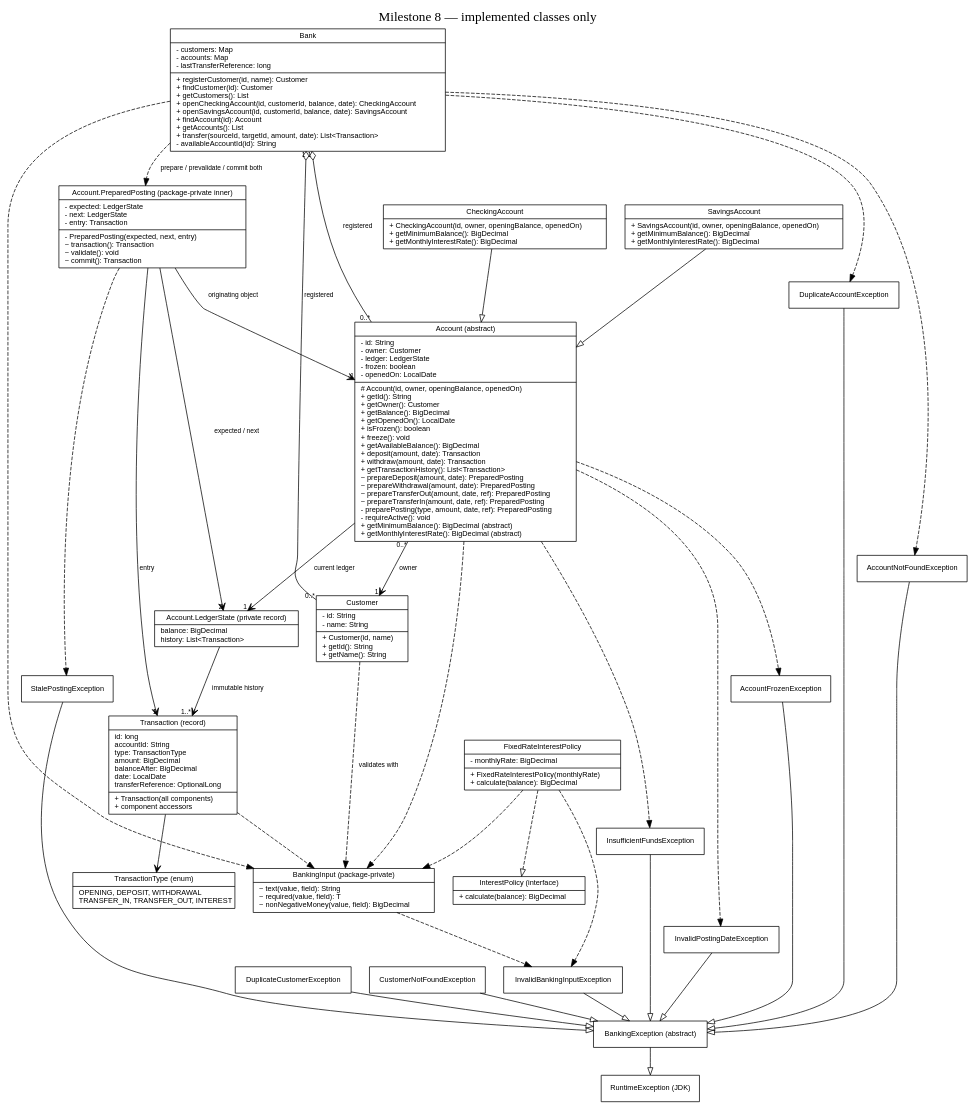
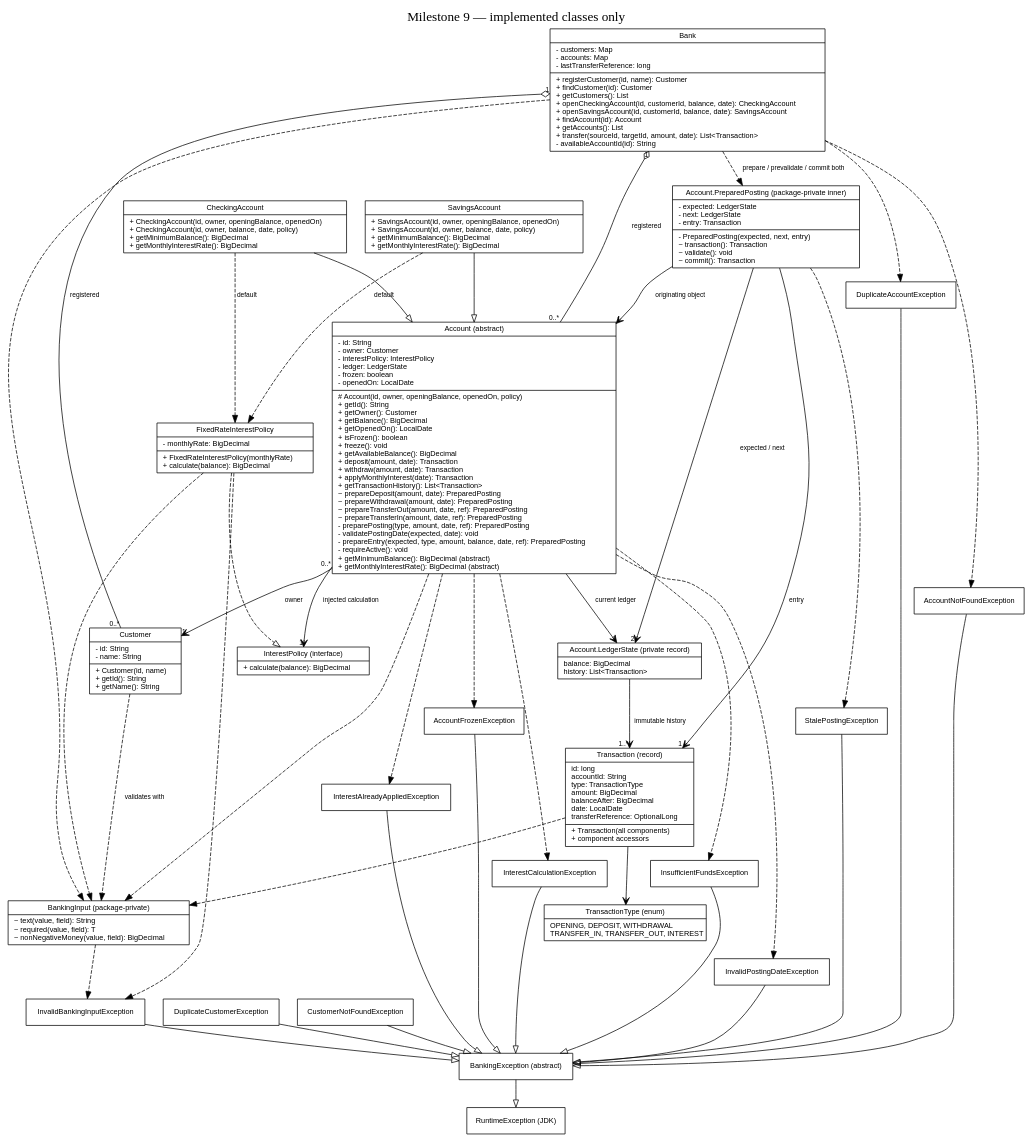
Before and after one commit to Mo3azGad/banking-management-system: the diagram in docs/current-uml.dot, drawn with Graphviz. The commit also changed 18 other files, not shown here.

Commit message:
Apply dated monthly interest with injected policies and month protection

```diff
--- a/docs/current-uml.dot
+++ b/docs/current-uml.dot
@@ -1,64 +1,73 @@
 digraph Current {
- graph [rankdir=TB, label="Milestone 8 — implemented classes only", labelloc=t, fontsize=18, bgcolor="white", nodesep=0.35];
+ graph [rankdir=TB, label="Milestone 9 — implemented classes only", labelloc=t, fontsize=18, bgcolor="white", nodesep=0.35];
  node [shape=record, fontname="Helvetica", fontsize=10];
  edge [fontname="Helvetica", fontsize=9];
  Bank [label="{Bank|- customers: Map\l- accounts: Map\l- lastTransferReference: long\l|+ registerCustomer(id, name): Customer\l+ findCustomer(id): Customer\l+ getCustomers(): List\l+ openCheckingAccount(id, customerId, balance, date): CheckingAccount\l+ openSavingsAccount(id, customerId, balance, date): SavingsAccount\l+ findAccount(id): Account\l+ getAccounts(): List\l+ transfer(sourceId, targetId, amount, date): List\<Transaction\>\l- availableAccountId(id): String\l}"];
  Customer [label="{Customer|- id: String\l- name: String\l|+ Customer(id, name)\l+ getId(): String\l+ getName(): String\l}"];
- Account [label="{Account (abstract)|- id: String\l- owner: Customer\l- ledger: LedgerState\l- frozen: boolean\l- openedOn: LocalDate\l|# Account(id, owner, openingBalance, openedOn)\l+ getId(): String\l+ getOwner(): Customer\l+ getBalance(): BigDecimal\l+ getOpenedOn(): LocalDate\l+ isFrozen(): boolean\l+ freeze(): void\l+ getAvailableBalance(): BigDecimal\l+ deposit(amount, date): Transaction\l+ withdraw(amount, date): Transaction\l+ getTransactionHistory(): List\<Transaction\>\l~ prepareDeposit(amount, date): PreparedPosting\l~ prepareWithdrawal(amount, date): PreparedPosting\l~ prepareTransferOut(amount, date, ref): PreparedPosting\l~ prepareTransferIn(amount, date, ref): PreparedPosting\l- preparePosting(type, amount, date, ref): PreparedPosting\l- requireActive(): void\l+ getMinimumBalance(): BigDecimal (abstract)\l+ getMonthlyInterestRate(): BigDecimal (abstract)\l}"];
- CheckingAccount [label="{CheckingAccount|+ CheckingAccount(id, owner, openingBalance, openedOn)\l+ getMinimumBalance(): BigDecimal\l+ getMonthlyInterestRate(): BigDecimal\l}"];
- SavingsAccount [label="{SavingsAccount|+ SavingsAccount(id, owner, openingBalance, openedOn)\l+ getMinimumBalance(): BigDecimal\l+ getMonthlyInterestRate(): BigDecimal\l}"];
+ Account [label="{Account (abstract)|- id: String\l- owner: Customer\l- interestPolicy: InterestPolicy\l- ledger: LedgerState\l- frozen: boolean\l- openedOn: LocalDate\l|# Account(id, owner, openingBalance, openedOn, policy)\l+ getId(): String\l+ getOwner(): Customer\l+ getBalance(): BigDecimal\l+ getOpenedOn(): LocalDate\l+ isFrozen(): boolean\l+ freeze(): void\l+ getAvailableBalance(): BigDecimal\l+ deposit(amount, date): Transaction\l+ withdraw(amount, date): Transaction\l+ applyMonthlyInterest(date): Transaction\l+ getTransactionHistory(): List\<Transaction\>\l~ prepareDeposit(amount, date): PreparedPosting\l~ prepareWithdrawal(amount, date): PreparedPosting\l~ prepareTransferOut(amount, date, ref): PreparedPosting\l~ prepareTransferIn(amount, date, ref): PreparedPosting\l- preparePosting(type, amount, date, ref): PreparedPosting\l- validatePostingDate(expected, date): void\l- prepareEntry(expected, type, amount, balance, date, ref): PreparedPosting\l- requireActive(): void\l+ getMinimumBalance(): BigDecimal (abstract)\l+ getMonthlyInterestRate(): BigDecimal (abstract)\l}"];
+ CheckingAccount [label="{CheckingAccount|+ CheckingAccount(id, owner, openingBalance, openedOn)\l+ CheckingAccount(id, owner, balance, date, policy)\l+ getMinimumBalance(): BigDecimal\l+ getMonthlyInterestRate(): BigDecimal\l}"];
+ SavingsAccount [label="{SavingsAccount|+ SavingsAccount(id, owner, openingBalance, openedOn)\l+ SavingsAccount(id, owner, balance, date, policy)\l+ getMinimumBalance(): BigDecimal\l+ getMonthlyInterestRate(): BigDecimal\l}"];
  Transaction [label="{Transaction (record)|id: long\laccountId: String\ltype: TransactionType\lamount: BigDecimal\lbalanceAfter: BigDecimal\ldate: LocalDate\ltransferReference: OptionalLong\l|+ Transaction(all components)\l+ component accessors\l}"];
  TransactionType [label="{TransactionType (enum)|OPENING, DEPOSIT, WITHDRAWAL\lTRANSFER_IN, TRANSFER_OUT, INTEREST\l}"];
  BankingInput [label="{BankingInput (package-private)|~ text(value, field): String\l~ required(value, field): T\l~ nonNegativeMoney(value, field): BigDecimal\l}"];
  BankingException [label="BankingException (abstract)"];
  InvalidBankingInputException [label="InvalidBankingInputException"];
  DuplicateCustomerException [label="DuplicateCustomerException"];
  CustomerNotFoundException [label="CustomerNotFoundException"];
  InsufficientFundsException [label="InsufficientFundsException"];
  InvalidPostingDateException [label="InvalidPostingDateException"];
  DuplicateAccountException [label="DuplicateAccountException"];
  AccountNotFoundException [label="AccountNotFoundException"];
  AccountFrozenException [label="AccountFrozenException"];
  LedgerState [label="{Account.LedgerState (private record)|balance: BigDecimal\l history: List\<Transaction\>\l}"];
  PreparedPosting [label="{Account.PreparedPosting (package-private inner)|- expected: LedgerState\l- next: LedgerState\l- entry: Transaction\l|- PreparedPosting(expected, next, entry)\l~ transaction(): Transaction\l~ validate(): void\l~ commit(): Transaction\l}"];
  StalePostingException [label="StalePostingException"];
  InterestPolicy [label="{InterestPolicy (interface)|+ calculate(balance): BigDecimal\l}"];
  FixedRateInterestPolicy [label="{FixedRateInterestPolicy|- monthlyRate: BigDecimal\l|+ FixedRateInterestPolicy(monthlyRate)\l+ calculate(balance): BigDecimal\l}"];
+ InterestAlreadyAppliedException [label="InterestAlreadyAppliedException"];
+ InterestCalculationException [label="InterestCalculationException"];
  RuntimeException [label="RuntimeException (JDK)"];
  Bank -> Customer [arrowhead=none, arrowtail=odiamond, dir=both, taillabel="1", headlabel="0..*", label="registered"];
  Bank -> Account [arrowhead=none, arrowtail=odiamond, dir=both, taillabel="1", headlabel="0..*", label="registered"];
  Account -> Customer [arrowhead=vee, taillabel="0..*", headlabel="1", label="owner"];
  CheckingAccount -> Account [arrowhead=empty];
  SavingsAccount -> Account [arrowhead=empty];
  Account -> LedgerState [arrowhead=vee, headlabel="1", label="current ledger"];
  LedgerState -> Transaction [arrowhead=vee, headlabel="1..*", label="immutable history"];
  Bank -> PreparedPosting [style=dashed, label="prepare / prevalidate / commit both"];
  PreparedPosting -> Account [arrowhead=vee, headlabel="1", label="originating object"];
  PreparedPosting -> LedgerState [arrowhead=vee, headlabel="2", label="expected / next"];
  PreparedPosting -> Transaction [arrowhead=vee, headlabel="1", label="entry"];
  PreparedPosting -> StalePostingException [style=dashed];
  Transaction -> TransactionType [arrowhead=vee];
  Customer -> BankingInput [style=dashed, label="validates with"];
  Bank -> BankingInput [style=dashed];
  Account -> BankingInput [style=dashed];
  Transaction -> BankingInput [style=dashed];
  InvalidBankingInputException -> BankingException [arrowhead=empty];
  DuplicateCustomerException -> BankingException [arrowhead=empty];
  CustomerNotFoundException -> BankingException [arrowhead=empty];
  InsufficientFundsException -> BankingException [arrowhead=empty];
  InvalidPostingDateException -> BankingException [arrowhead=empty];
  Account -> InsufficientFundsException [style=dashed];
  Account -> InvalidPostingDateException [style=dashed];
  DuplicateAccountException -> BankingException [arrowhead=empty];
  AccountNotFoundException -> BankingException [arrowhead=empty];
  Bank -> DuplicateAccountException [style=dashed];
  Bank -> AccountNotFoundException [style=dashed];
  AccountFrozenException -> BankingException [arrowhead=empty];
  Account -> AccountFrozenException [style=dashed];
  StalePostingException -> BankingException [arrowhead=empty];
  FixedRateInterestPolicy -> InterestPolicy [arrowhead=empty, style=dashed];
  FixedRateInterestPolicy -> BankingInput [style=dashed];
  FixedRateInterestPolicy -> InvalidBankingInputException [style=dashed];
+ Account -> InterestPolicy [arrowhead=vee, headlabel="1", label="injected calculation"];
+ CheckingAccount -> FixedRateInterestPolicy [style=dashed, label="default"];
+ SavingsAccount -> FixedRateInterestPolicy [style=dashed, label="default"];
+ InterestAlreadyAppliedException -> BankingException [arrowhead=empty];
+ InterestCalculationException -> BankingException [arrowhead=empty];
+ Account -> InterestAlreadyAppliedException [style=dashed];
+ Account -> InterestCalculationException [style=dashed];
  BankingException -> RuntimeException [arrowhead=empty];
  BankingInput -> InvalidBankingInputException [style=dashed];
 }
```
